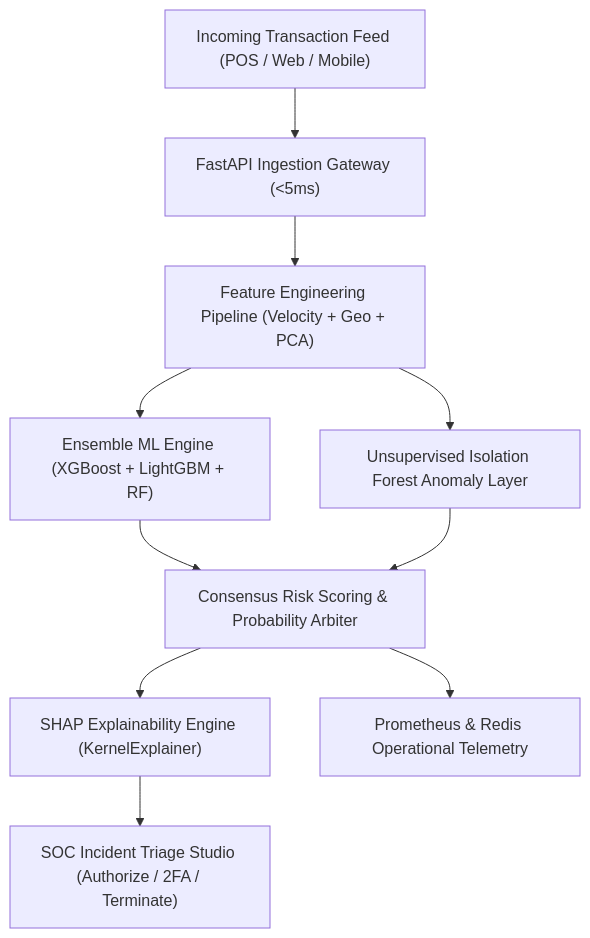
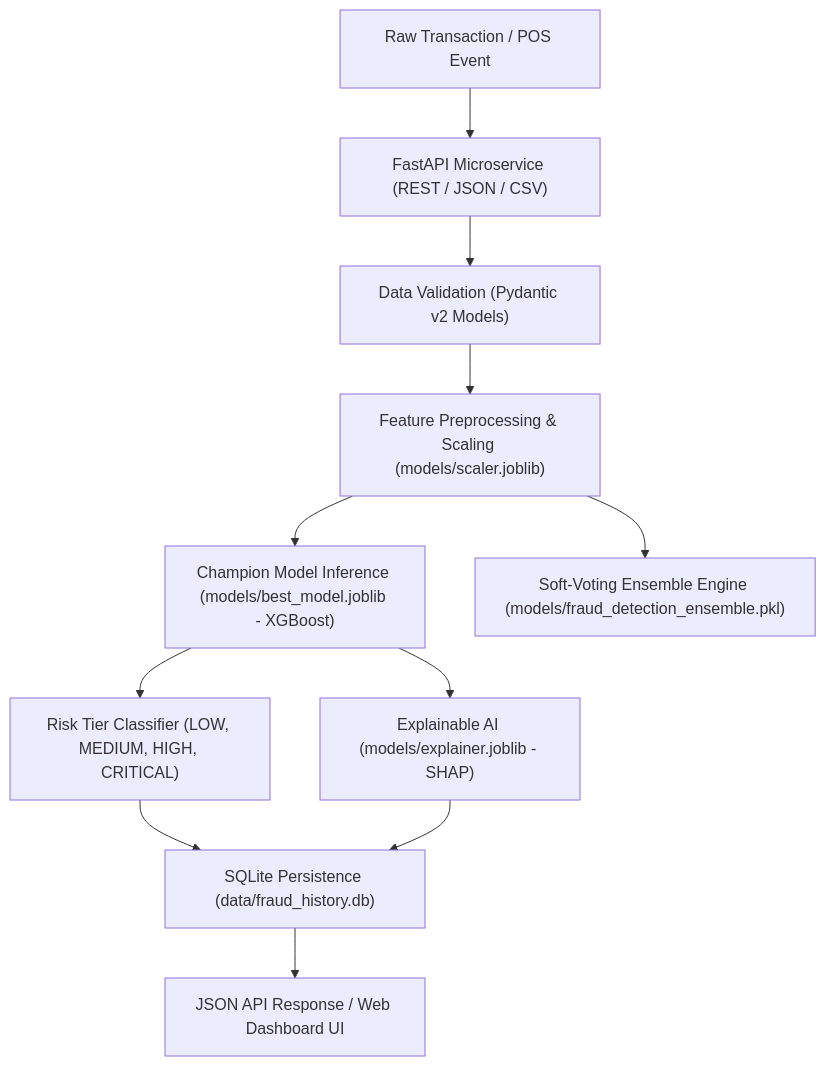
One commit to UMARMUKTHAR03/fraud-detection-system changed the diagram in README.md. Above: the diagram before and after it, drawn with Mermaid. The commit also changed other lines of this file and 21 other files, not shown here.

````diff
--- a/README.md
+++ b/README.md
@@ -40,12 +66,13 @@
 ```mermaid
 graph TD
-    A["Incoming Transaction Feed (POS / Web / Mobile)"] --> B["FastAPI Ingestion Gateway (<5ms)"]
-    B --> C["Feature Engineering Pipeline (Velocity + Geo + PCA)"]
-    C --> D["Ensemble ML Engine (XGBoost + LightGBM + RF)"]
-    C --> E["Unsupervised Isolation Forest Anomaly Layer"]
-    D --> F["Consensus Risk Scoring & Probability Arbiter"]
-    E --> F
-    F --> G["SHAP Explainability Engine (KernelExplainer)"]
-    G --> H["SOC Incident Triage Studio (Authorize / 2FA / Terminate)"]
-    F --> I["Prometheus & Redis Operational Telemetry"]
+    A["Raw Transaction / POS Event"] --> B["FastAPI Microservice (REST / JSON / CSV)"]
+    B --> C["Data Validation (Pydantic v2 Models)"]
+    C --> D["Feature Preprocessing & Scaling (models/scaler.joblib)"]
+    D --> E["Champion Model Inference (models/best_model.joblib - XGBoost)"]
+    D --> F["Soft-Voting Ensemble Engine (models/fraud_detection_ensemble.pkl)"]
+    E --> G["Risk Tier Classifier (LOW, MEDIUM, HIGH, CRITICAL)"]
+    E --> H["Explainable AI (models/explainer.joblib - SHAP)"]
+    G --> I["SQLite Persistence (data/fraud_history.db)"]
+    H --> I
+    I --> J["JSON API Response / Web Dashboard UI"]
 ```
````
